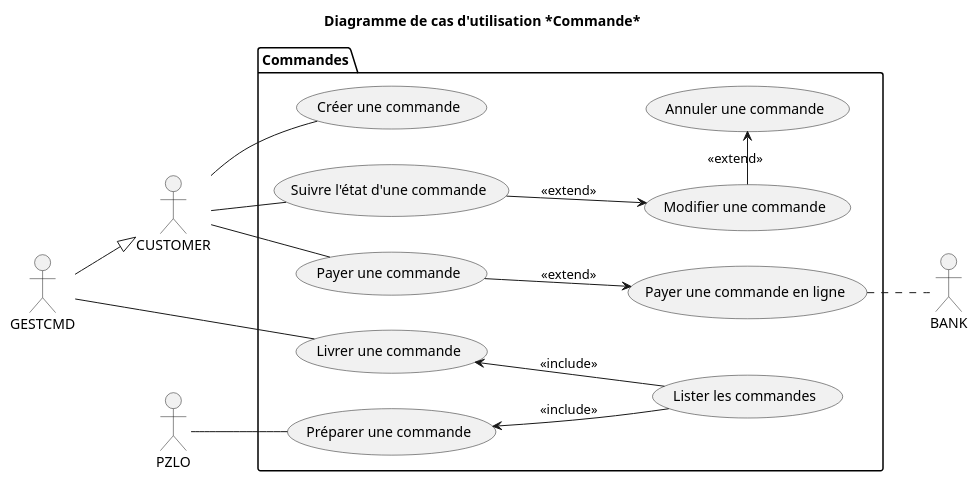
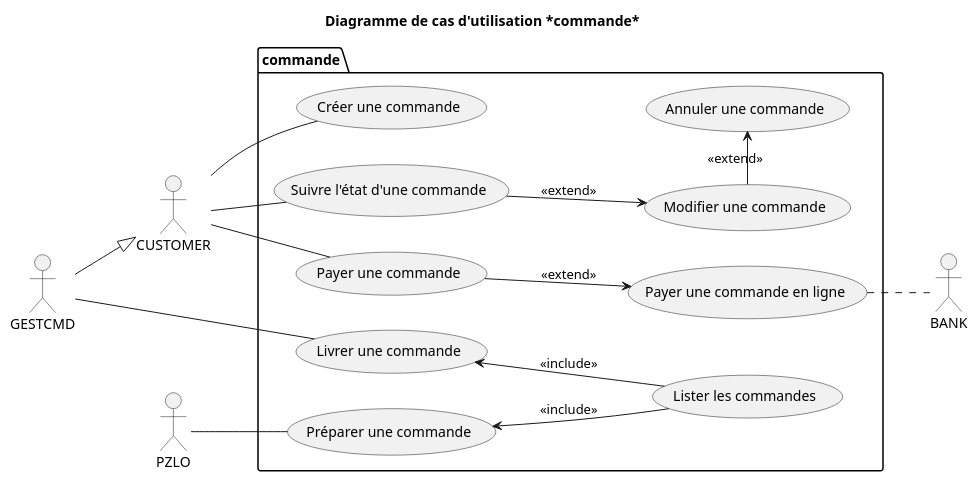
The diagram in v4/uml/03_commande.puml (Zepmanbc/oc_dapython_pr4), drawn with PlantUML before and after one commit. The commit also changed 28 other files, not shown here.

```diff
--- a/v4/uml/03_commande.puml
+++ b/v4/uml/03_commande.puml
@@ -1,38 +1,38 @@
 @startuml 03_commande
-title Diagramme de cas d'utilisation *Commande*
+title Diagramme de cas d'utilisation *commande*
 
 ' actor Gestionnaire_de_commande as GESTCMD
 ' actor Client as CUSTOMER
 ' actor Gestionnaire_de_stock as GESTSTOCK
 ' actor Pizzaiolo as PZLO
 ' actor Responsable as BOSS
 ' actor Banque <<system>> as BANK
 
-package Commandes{
+package commande{
     left to right direction
     (Créer une commande) as CREATE_CMD
     (Préparer une commande) as MAKE_CMD
     (Livrer une commande) as DELIVER_CMD
     (Modifier une commande) as MODIFY_CMD
     (Suivre l'état d'une commande) as FOLLOW_CMD
     (Payer une commande) as PAY_CMD
     (Payer une commande en ligne) as PAY_ONLINE_CMD
     (Annuler une commande) as CANCEL_CMD
     (Lister les commandes) AS LIST_CMD
 }
 
 CUSTOMER -- CREATE_CMD
 PZLO -- MAKE_CMD
 GESTCMD -- DELIVER_CMD
 MAKE_CMD <-- LIST_CMD: <<include>>
 DELIVER_CMD <-- LIST_CMD: <<include>>
 CUSTOMER -- FOLLOW_CMD
 FOLLOW_CMD --> MODIFY_CMD: <<extend>>
 MODIFY_CMD -> CANCEL_CMD: <<extend>>
 CUSTOMER -- PAY_CMD
 PAY_CMD --> PAY_ONLINE_CMD: <<extend>>
 PAY_ONLINE_CMD .. BANK
 GESTCMD --|> CUSTOMER
 
 
 @enduml
```
